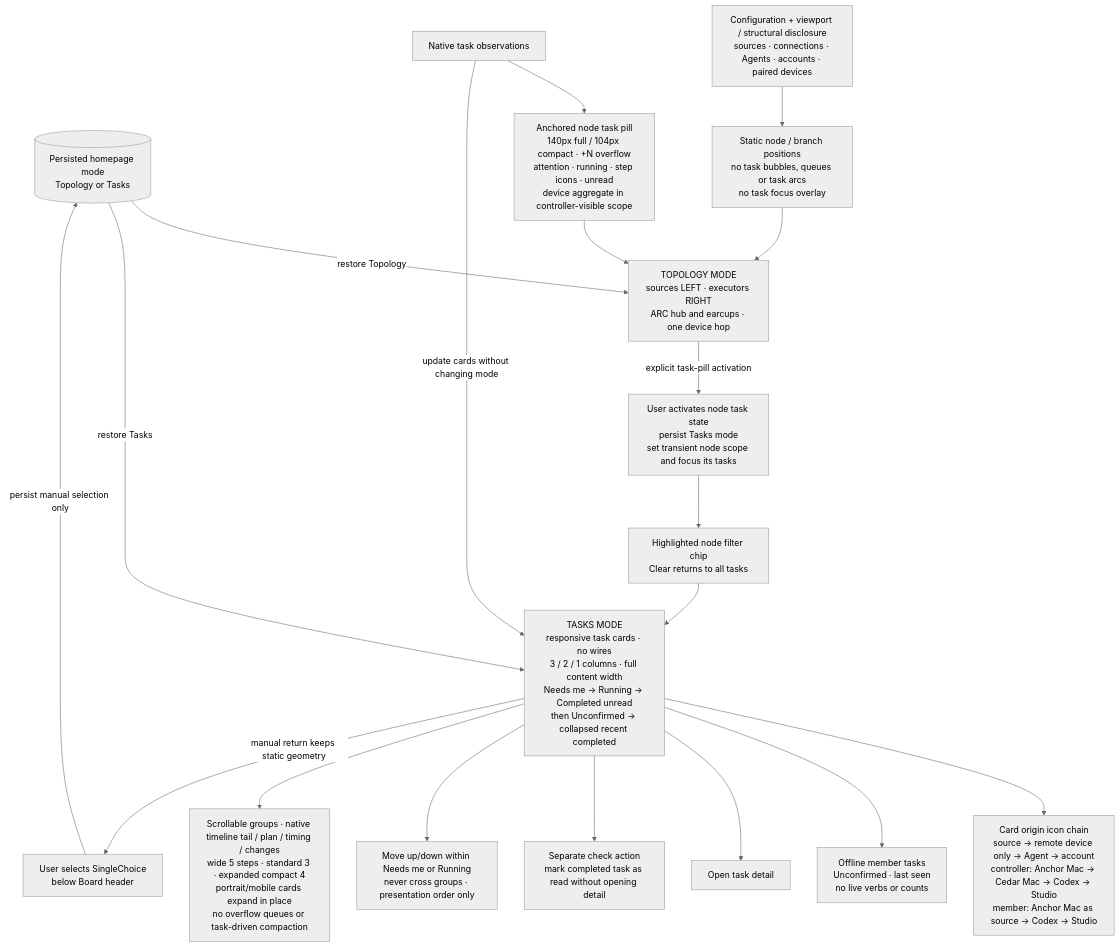
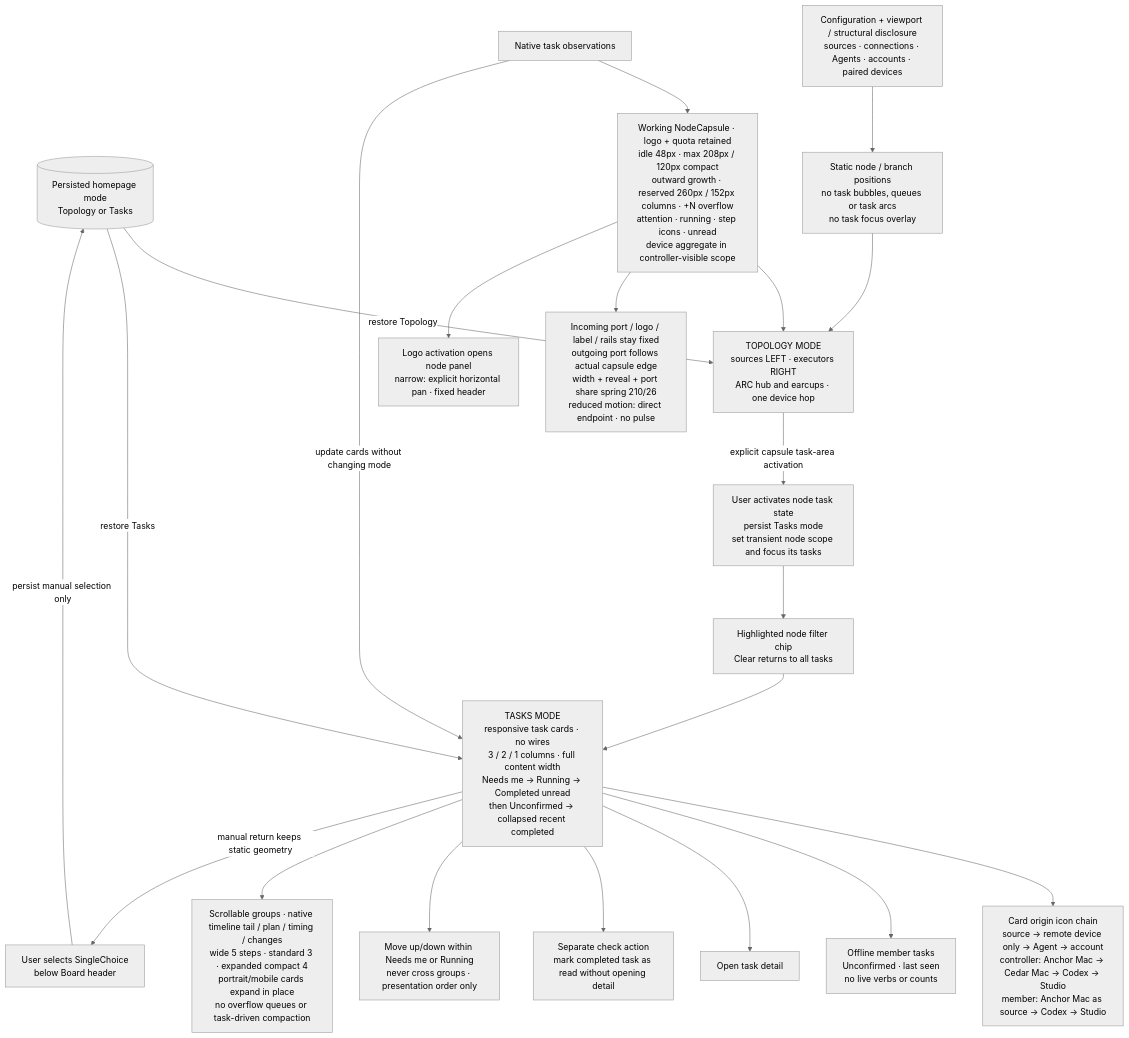
One commit to whzxc/agent-remote-control changed the diagram in arch/mechanisms/homepage-modes.mmd. Above: the diagram before and after it, drawn with Mermaid (neutral theme). The commit also changed 15 other files, not shown here.

Commit message:
docs(design): morph topology nodes into working capsules

```diff
--- a/arch/mechanisms/homepage-modes.mmd
+++ b/arch/mechanisms/homepage-modes.mmd
@@ -1,33 +1,37 @@
 %% Homepage modes (layer 2): static topology and task presentation are independent projections.
 %% Index and code mapping: docs/dev/arch-assets.md
 flowchart TB
   preference[("Persisted homepage mode<br/>Topology or Tasks")]
   switch["User selects SingleChoice<br/>below Board header"]
   topology["TOPOLOGY MODE<br/>sources LEFT · executors RIGHT<br/>ARC hub and earcups · one device hop"]
   config["Configuration + viewport / structural disclosure<br/>sources · connections · Agents · accounts · paired devices"]
   positions["Static node / branch positions<br/>no task bubbles, queues or task arcs<br/>no task focus overlay"]
   observations["Native task observations"]
-  badges["Anchored node task pill<br/>140px full / 104px compact · +N overflow<br/>attention · running · step icons · unread<br/>device aggregate in controller-visible scope"]
+  badges["Working NodeCapsule · logo + quota retained<br/>idle 48px · max 208px / 120px compact<br/>outward growth · reserved 260px / 152px columns · +N overflow<br/>attention · running · step icons · unread<br/>device aggregate in controller-visible scope"]
+  ports["Incoming port / logo / label / rails stay fixed<br/>outgoing port follows actual capsule edge<br/>width + reveal + port share spring 210/26<br/>reduced motion: direct endpoint · no pulse"]
+  panel["Logo activation opens node panel<br/>narrow: explicit horizontal pan · fixed header"]
   jump["User activates node task state<br/>persist Tasks mode<br/>set transient node scope and focus its tasks"]
   tasks["TASKS MODE<br/>responsive task cards · no wires<br/>3 / 2 / 1 columns · full content width<br/>Needs me → Running → Completed unread<br/>then Unconfirmed → collapsed recent completed"]
   chain["Card origin icon chain<br/>source → remote device only → Agent → account<br/>controller: Anchor Mac → Cedar Mac → Codex → Studio<br/>member: Anchor Mac as source → Codex → Studio"]
   offline["Offline member tasks<br/>Unconfirmed · last seen<br/>no live verbs or counts"]
   filter["Highlighted node filter chip<br/>Clear returns to all tasks"]
   details["Open task detail"]
   read["Separate check action<br/>mark completed task as read without opening detail"]
   order["Move up/down within Needs me or Running<br/>never cross groups · presentation order only"]
   overflow["Scrollable groups · native timeline tail / plan / timing / changes<br/>wide 5 steps · standard 3 · expanded compact 4<br/>portrait/mobile cards expand in place<br/>no overflow queues or task-driven compaction"]
   switch -->|"persist manual selection only"| preference
   preference -->|"restore Topology"| topology
   preference -->|"restore Tasks"| tasks
   config --> positions --> topology
   observations --> badges --> topology
+  badges --> ports
+  badges --> panel
   observations -->|"update cards without changing mode"| tasks
-  topology -->|"explicit task-pill activation"| jump --> filter --> tasks
+  topology -->|"explicit capsule task-area activation"| jump --> filter --> tasks
   tasks --> chain
   tasks --> offline
   tasks --> details
   tasks --> read
   tasks --> order
   tasks --> overflow
   tasks -->|"manual return keeps static geometry"| switch
```
